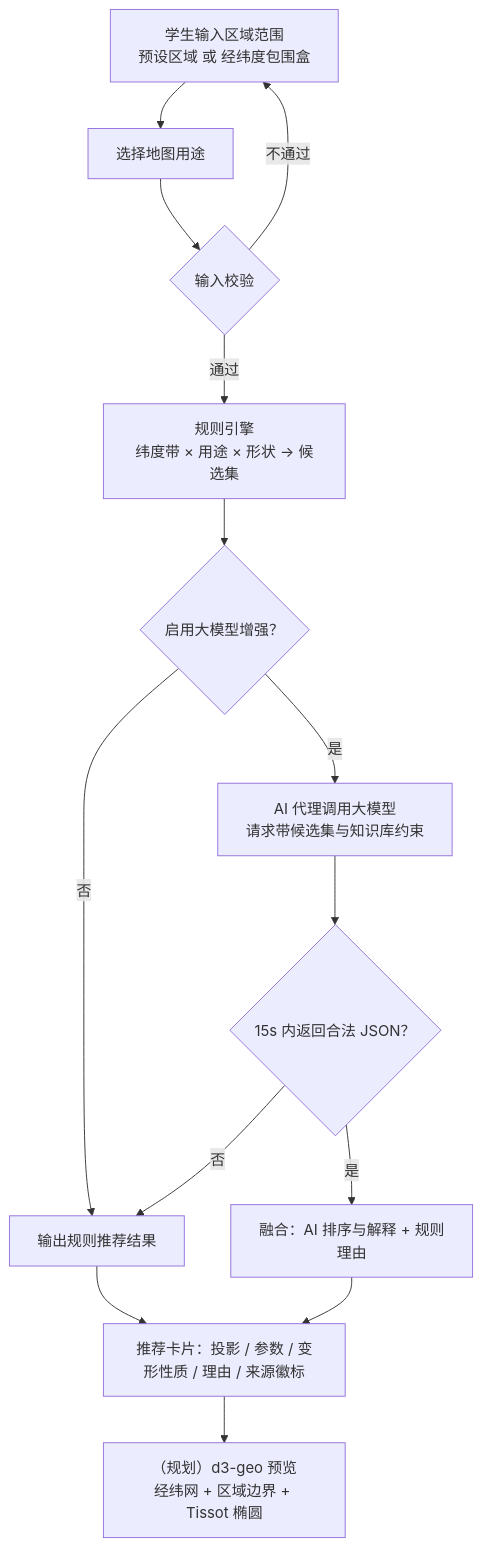
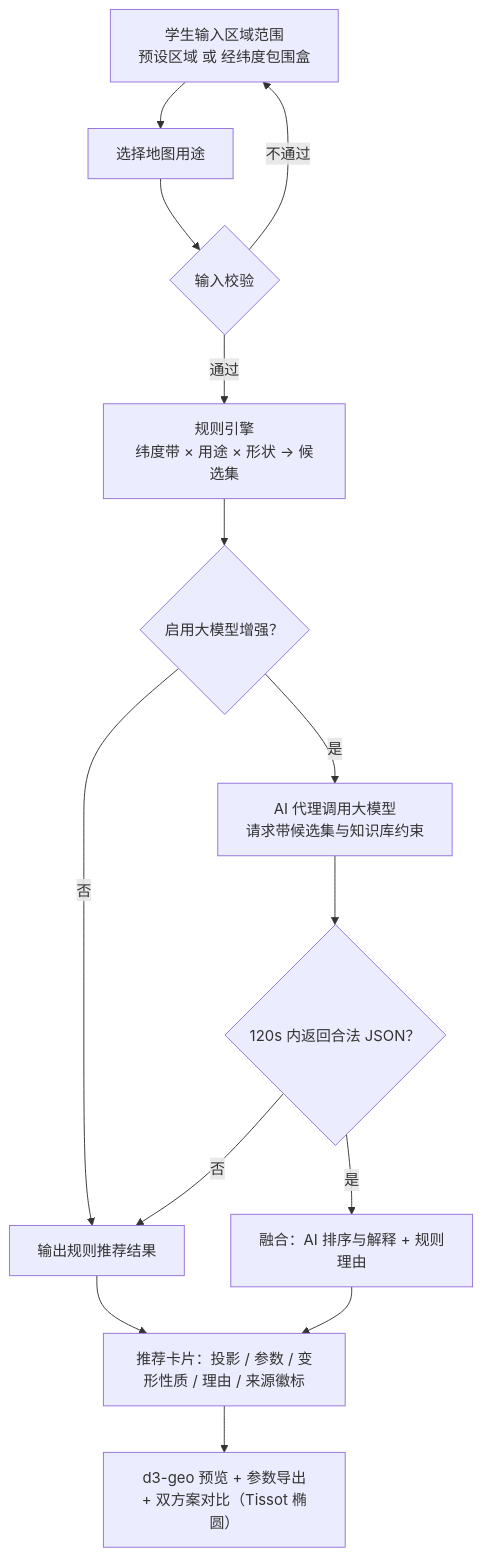
Before and after one commit to hqj00/studentmap: the second of 3 diagrams in spec/04-架构设计.md, drawn with Mermaid. The commit also changed other lines of this file and 92 other files, not shown here.

````diff
--- a/spec/04-架构设计.md
+++ b/spec/04-架构设计.md
@@ -104,16 +111,16 @@
 ```mermaid
 flowchart TD
   A["学生输入区域范围<br/>预设区域 或 经纬度包围盒"] --> B["选择地图用途"]
   B --> C{"输入校验"}
   C -- "不通过" --> A
   C -- "通过" --> D["规则引擎<br/>纬度带 × 用途 × 形状 → 候选集"]
   D --> E{"启用大模型增强？"}
   E -- "否" --> G["输出规则推荐结果"]
   E -- "是" --> F["AI 代理调用大模型<br/>请求带候选集与知识库约束"]
-  F --> F1{"15s 内返回合法 JSON？"}
+  F --> F1{"120s 内返回合法 JSON？"}
   F1 -- "否" --> G
   F1 -- "是" --> H["融合：AI 排序与解释 + 规则理由"]
   G --> I["推荐卡片：投影 / 参数 / 变形性质 / 理由 / 来源徽标"]
   H --> I
-  I --> J["（规划）d3-geo 预览<br/>经纬网 + 区域边界 + Tissot 椭圆"]
+  I --> J["d3-geo 预览 + 参数导出<br/>+ 双方案对比（Tissot 椭圆）"]
 ```
````
